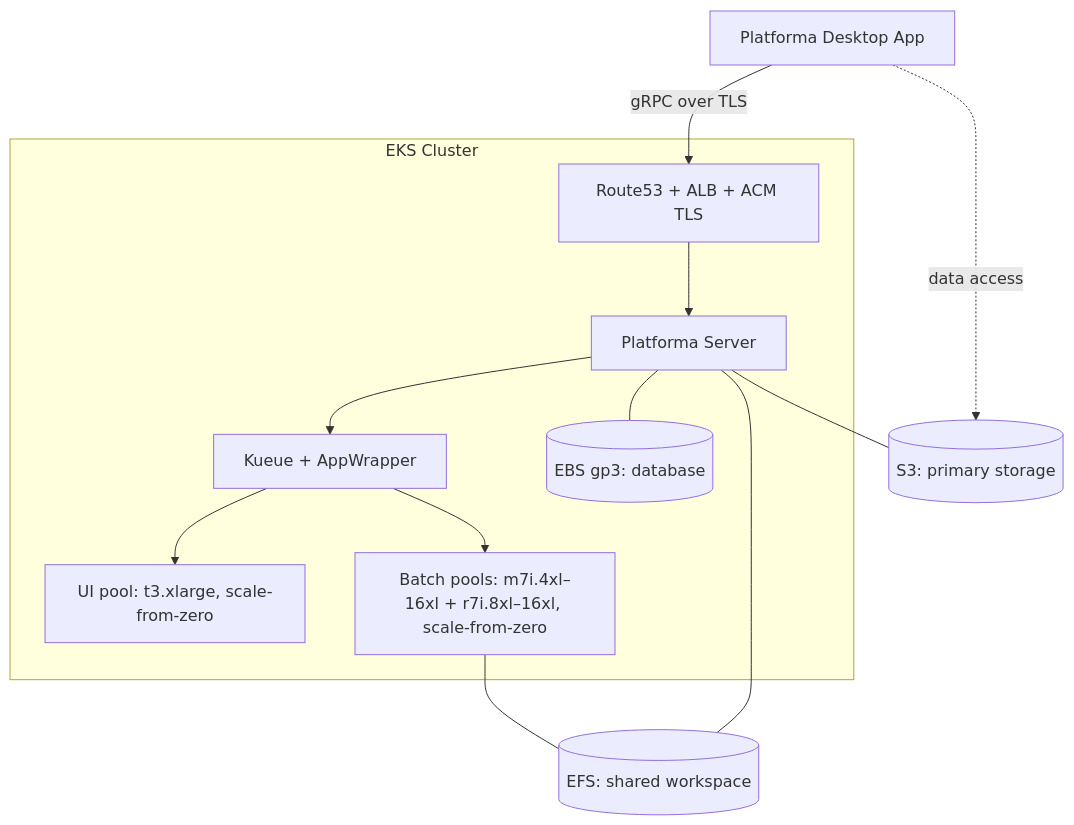
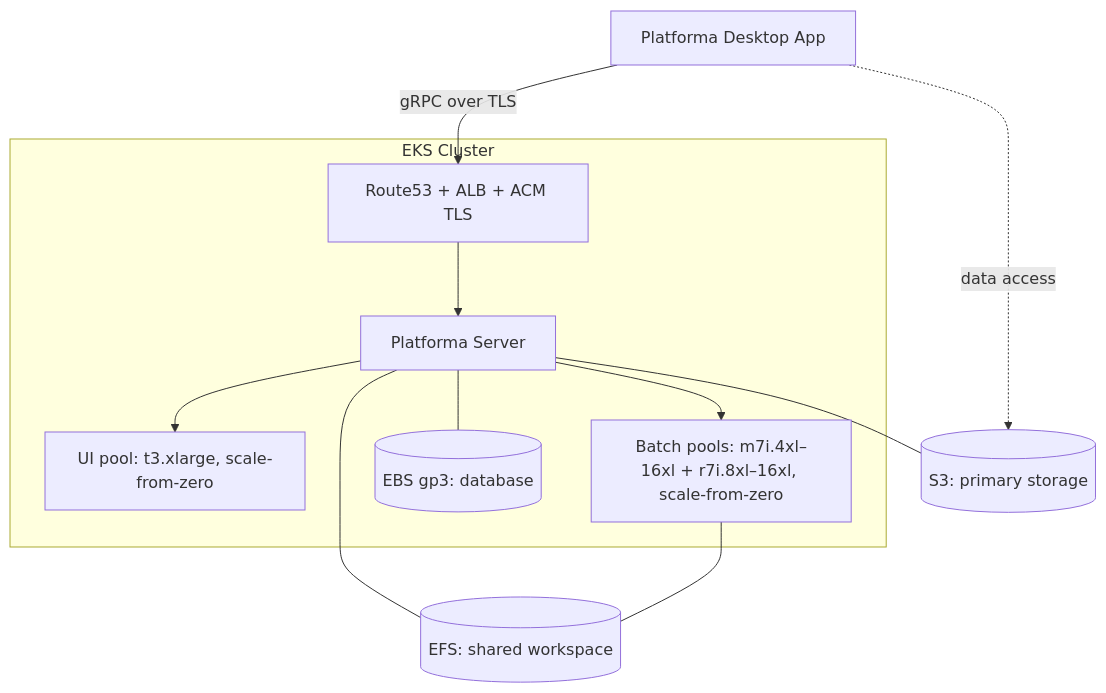
The diagram in infrastructure/aws/README.md (milaboratory/platforma-helm), drawn with Mermaid before and after one commit. The commit also changed other lines of this file, not shown here.

Commit message:
Update architecture diagram and sync Outputs table with CF template
Diagram: remove Kueue intermediate node (show pools directly),
define S3 node before desktop link so cylinder shape renders,
keep EBS inside EKS subgraph.

Outputs: add DefaultUsername, UsersPasswordSSMConsole.
Fix stale S3 bucket description (AccountId → random).

````diff
--- a/infrastructure/aws/README.md
+++ b/infrastructure/aws/README.md
@@ -9,20 +9,20 @@
 ```mermaid
 graph TD
     desktop["Platforma Desktop App"]
     dns["Route53 + ALB + ACM TLS"]
+    s3[("S3: primary storage")]
 
     desktop -->|"gRPC over TLS"| dns
     desktop -.->|"data access"| s3
 
     subgraph EKS["EKS Cluster"]
         dns --> platforma["Platforma Server"]
-        platforma --> kueue["Kueue + AppWrapper"]
-        kueue --> ui["UI pool: t3.xlarge, scale-from-zero"]
-        kueue --> batch["Batch pools: m7i.4xl–16xl + r7i.8xl–16xl, scale-from-zero"]
+        platforma --> ui["UI pool: t3.xlarge, scale-from-zero"]
+        platforma --> batch["Batch pools: m7i.4xl–16xl + r7i.8xl–16xl, scale-from-zero"]
         platforma --- ebs[("EBS gp3: database")]
     end
 
-    platforma --- s3[("S3: primary storage")]
+    platforma --- s3
     platforma --- efs[("EFS: shared workspace")]
     batch --- efs
 ```
````
